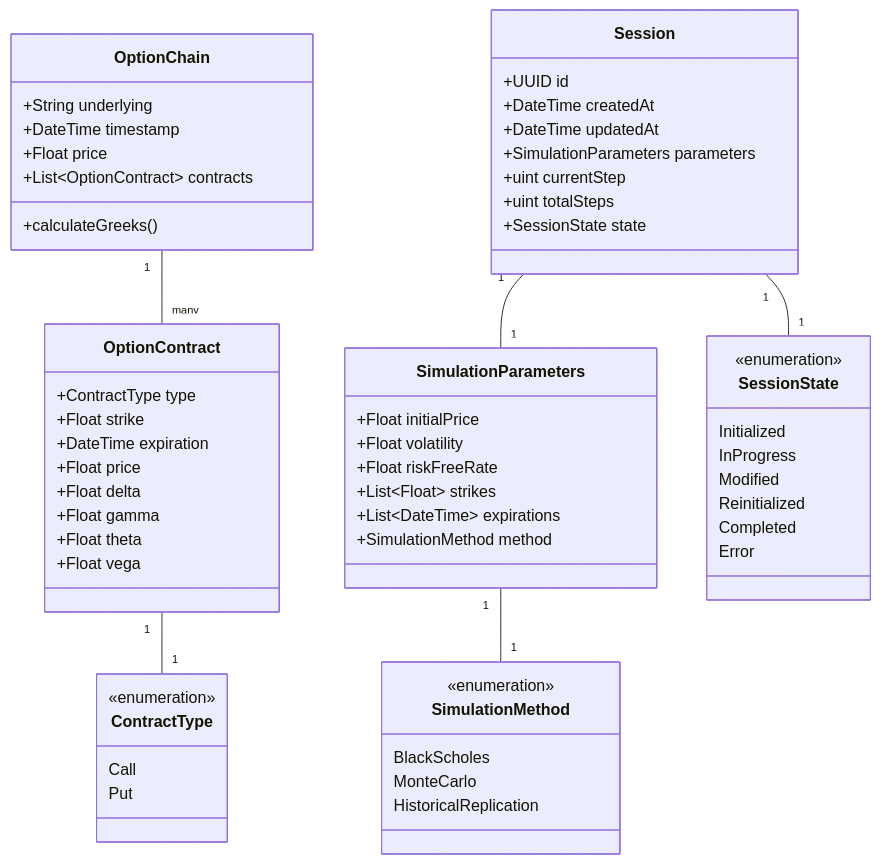
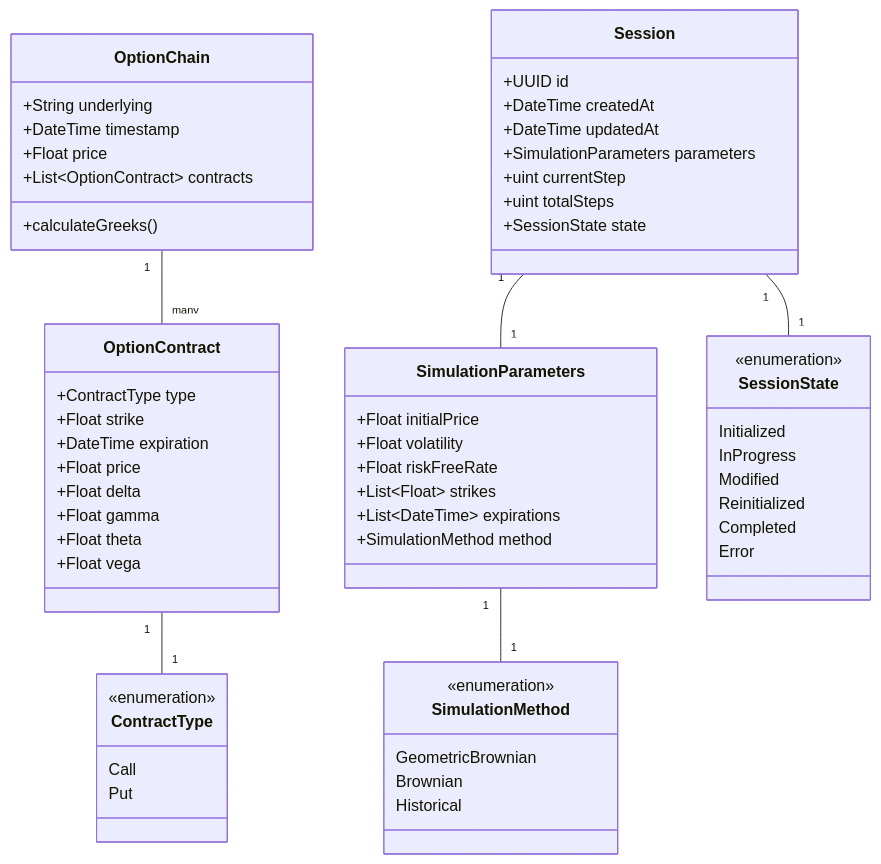
One commit to joaquinbejar/OptionChain-Simulator changed the third of 4 diagrams in doc/architecture.md. Above: the diagram before and after it, drawn with Mermaid. The commit also changed 2 other files, not shown here.

Commit message:
Refactor simulation method from Black-Scholes to Geometric Brownian
Updated the docs to replace references to "BlackScholes" with "GeometricBrownian" for consistency in naming conventions. Reflects a more accurate representation of the method being used across architecture, session management, and API examples.

````diff
--- a/doc/architecture.md
+++ b/doc/architecture.md
@@ -144,69 +144,69 @@
 ```mermaid
 classDiagram
     class OptionChain {
         +String underlying
         +DateTime timestamp
         +Float price
         +List~OptionContract~ contracts
         +calculateGreeks()
     }
     
     class OptionContract {
         +ContractType type
         +Float strike
         +DateTime expiration
         +Float price
         +Float delta
         +Float gamma
         +Float theta
         +Float vega
     }
     
     class Session {
         +UUID id
         +DateTime createdAt
         +DateTime updatedAt
         +SimulationParameters parameters
         +uint currentStep
         +uint totalSteps
         +SessionState state
     }
     
     class SimulationParameters {
         +Float initialPrice
         +Float volatility
         +Float riskFreeRate
         +List~Float~ strikes
         +List~DateTime~ expirations
         +SimulationMethod method
     }
     
     class SessionState {
         <<enumeration>>
         Initialized
         InProgress
         Modified
         Reinitialized
         Completed
         Error
     }
     
     class ContractType {
         <<enumeration>>
         Call
         Put
     }
     
     class SimulationMethod {
         <<enumeration>>
-        BlackScholes
-        MonteCarlo
-        HistoricalReplication
+        GeometricBrownian
+        Brownian
+        Historical
     }
     
     OptionChain "1" -- "many" OptionContract
     Session "1" -- "1" SimulationParameters
     Session "1" -- "1" SessionState
     OptionContract "1" -- "1" ContractType
     SimulationParameters "1" -- "1" SimulationMethod
 ```
````
